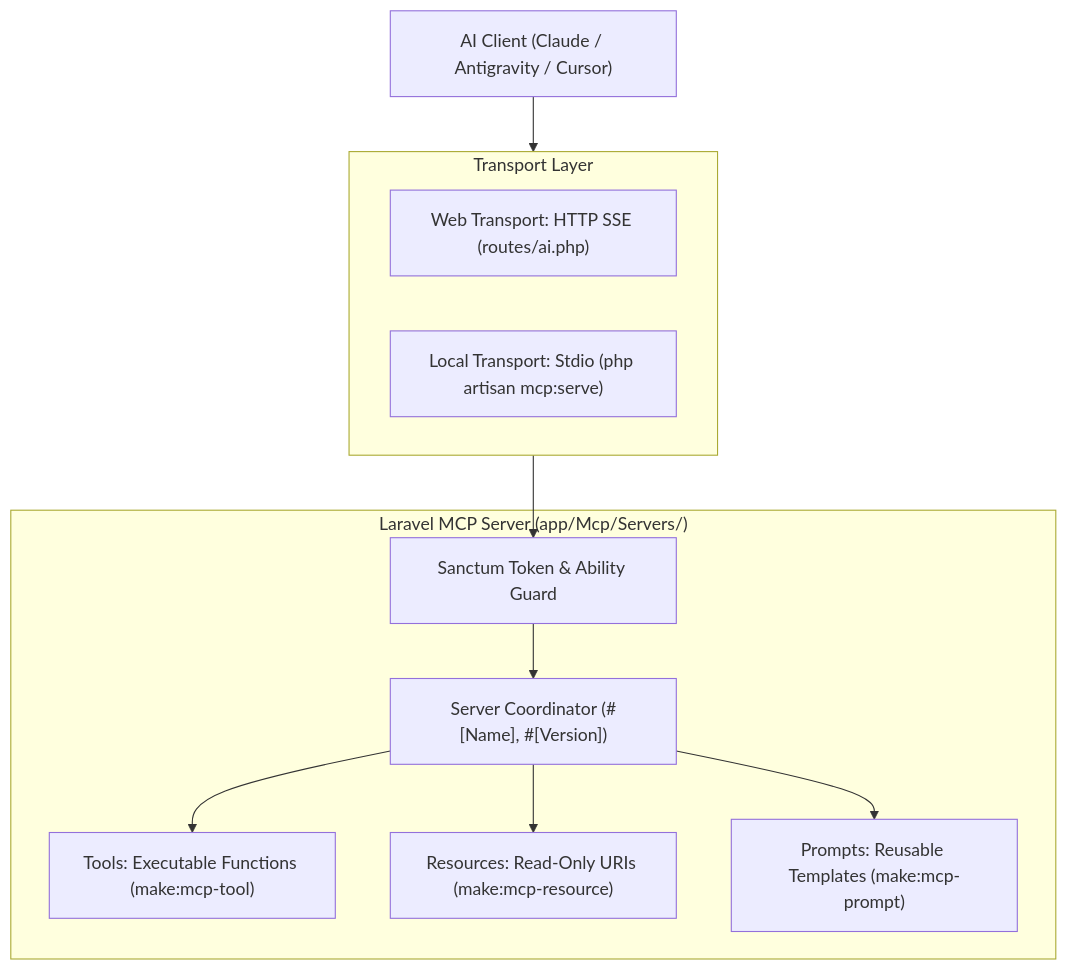
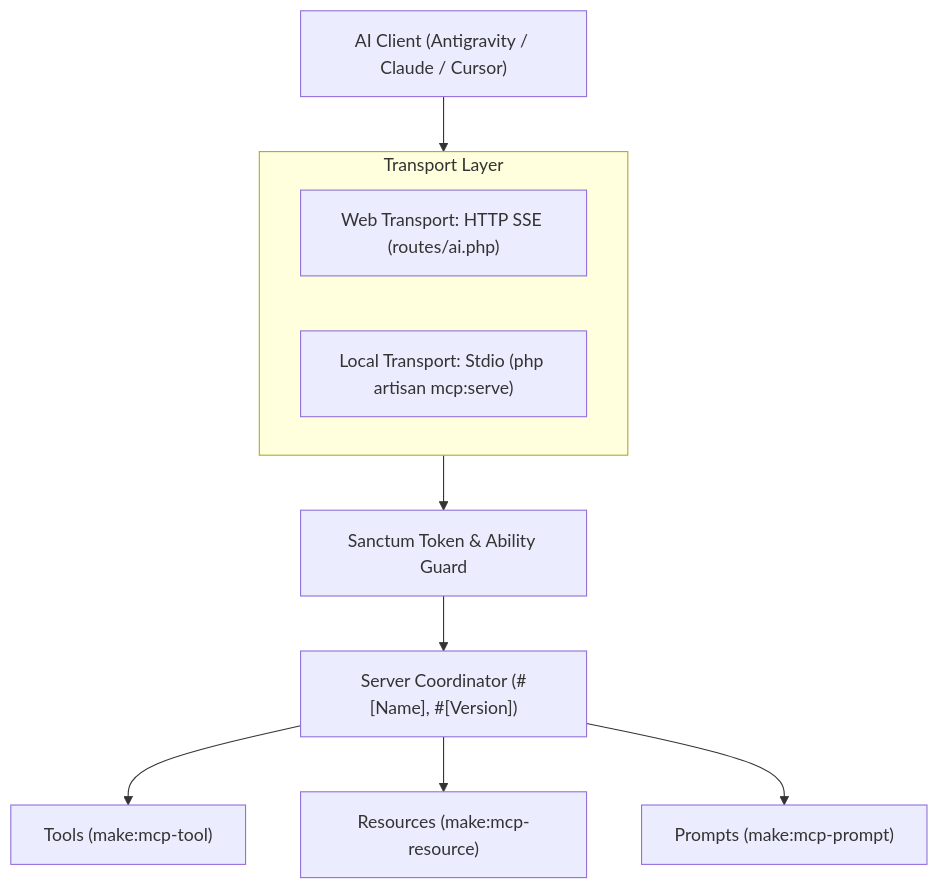
Before and after one commit to shamimwhois/laravel-13-plugin: the third of 4 diagrams in README.md, drawn with Mermaid. The commit also changed other lines of this file, not shown here.

````diff
--- a/README.md
+++ b/README.md
@@ -282,26 +292,15 @@
 ```mermaid
 graph TD
-    Client["AI Client (Claude / Antigravity / Cursor)"]
-    
+    Client["AI Client (Antigravity / Claude / Cursor)"] --> TransportLayer
+
     subgraph TransportLayer["Transport Layer"]
         SSE["Web Transport: HTTP SSE (routes/ai.php)"]
         Stdio["Local Transport: Stdio (php artisan mcp:serve)"]
     end
-    
-    Client --> TransportLayer
-    
-    subgraph LaravelMcpServer["Laravel MCP Server (app/Mcp/Servers/)"]
-        AuthGuard["Sanctum Token & Ability Guard"]
-        ServerCore["Server Coordinator (#[Name], #[Version])"]
-        
-        Tools["Tools: Executable Functions (make:mcp-tool)"]
-        Resources["Resources: Read-Only URIs (make:mcp-resource)"]
-        Prompts["Prompts: Reusable Templates (make:mcp-prompt)"]
-    end
-    
-    TransportLayer --> AuthGuard
-    AuthGuard --> ServerCore
-    ServerCore --> Tools
-    ServerCore --> Resources
-    ServerCore --> Prompts
+
+    TransportLayer --> AuthGuard["Sanctum Token & Ability Guard"]
+    AuthGuard --> ServerCore["Server Coordinator (#[Name], #[Version])"]
+    ServerCore --> Tools["Tools (make:mcp-tool)"]
+    ServerCore --> Resources["Resources (make:mcp-resource)"]
+    ServerCore --> Prompts["Prompts (make:mcp-prompt)"]
 ```
````
